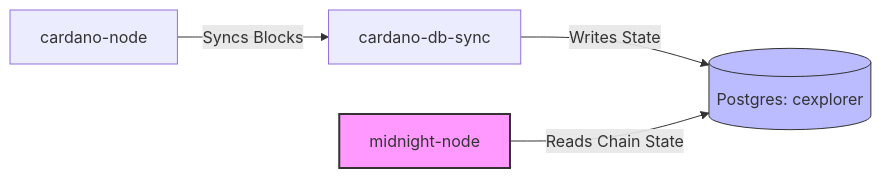
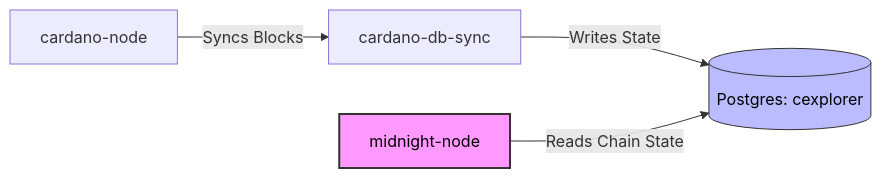
One commit to midnightntwrk/midnight-docs changed the first of 2 diagrams in blog/2026-05-20-navigating-van-rossem-hard-fork.mdx. Above: the diagram before and after it, drawn with Mermaid. The commit also changed other lines of this file, not shown here.

First line of the commit message:
Fix dark mode contrast in the Van Rossem post's diagrams

````diff
--- a/blog/2026-05-20-navigating-van-rossem-hard-fork.mdx
+++ b/blog/2026-05-20-navigating-van-rossem-hard-fork.mdx
@@ -20,9 +20,9 @@
 ```mermaid
 flowchart LR
     A[cardano-node] -->|Syncs Blocks| B[cardano-db-sync]
     B -->|Writes State| C[(Postgres: cexplorer)]
     D[midnight-node] -->|Reads Chain State| C
 
-    style D fill:#f9f,stroke:#333,stroke-width:2px
-    style C fill:#bbf,stroke:#333,stroke-width:1px
+    style D fill:#f9f,stroke:#333,stroke-width:2px,color:#000
+    style C fill:#bbf,stroke:#333,stroke-width:1px,color:#000
 ```
````
